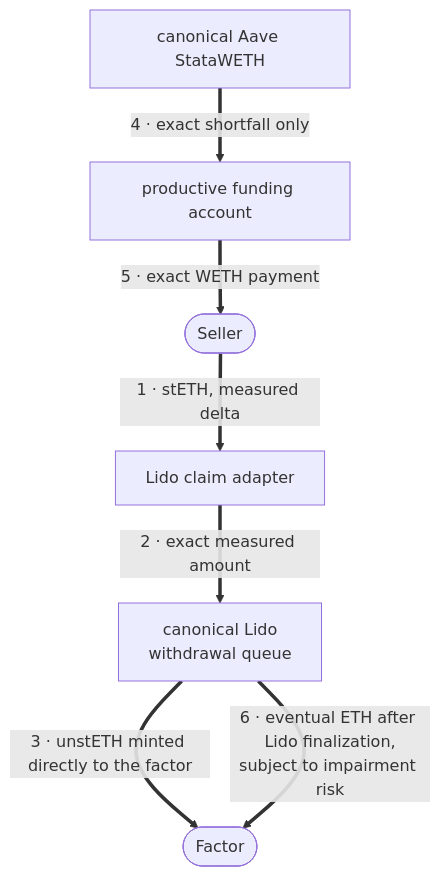
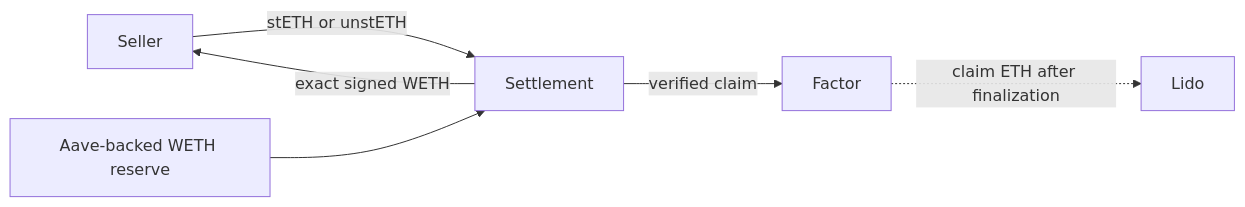
One commit to zkoranges/intentional changed the diagram in README.md. Above: the diagram before and after it, drawn with Mermaid. The commit also changed other lines of this file and 3 other files, not shown here.

````diff
--- a/README.md
+++ b/README.md
@@ -49,16 +29,8 @@
 ```mermaid
-flowchart TB
-    SELLER(["Seller"])
-    ADAPTER["Lido claim adapter"]
-    QUEUE["canonical Lido<br/>withdrawal queue"]
-    FACTOR(["Factor"])
-    FUND["productive funding account"]
-    AAVE["canonical Aave StataWETH"]
-
-    SELLER ==>|"1 · stETH, measured delta"| ADAPTER
-    ADAPTER ==>|"2 · exact measured amount"| QUEUE
-    QUEUE ==>|"3 · unstETH minted directly to the factor"| FACTOR
-    AAVE ==>|"4 · exact shortfall only"| FUND
-    FUND ==>|"5 · exact WETH payment"| SELLER
-    QUEUE ==>|"6 · eventual ETH after Lido finalization,<br/>subject to impairment risk"| FACTOR
+flowchart LR
+    S["Seller"] -->|"stETH or unstETH"| K["Settlement"]
+    K -->|"verified claim"| F["Factor"]
+    A["Aave-backed WETH reserve"] --> K
+    K -->|"exact signed WETH"| S
+    F -.->|"claim ETH after finalization"| L["Lido"]
 ```
````
